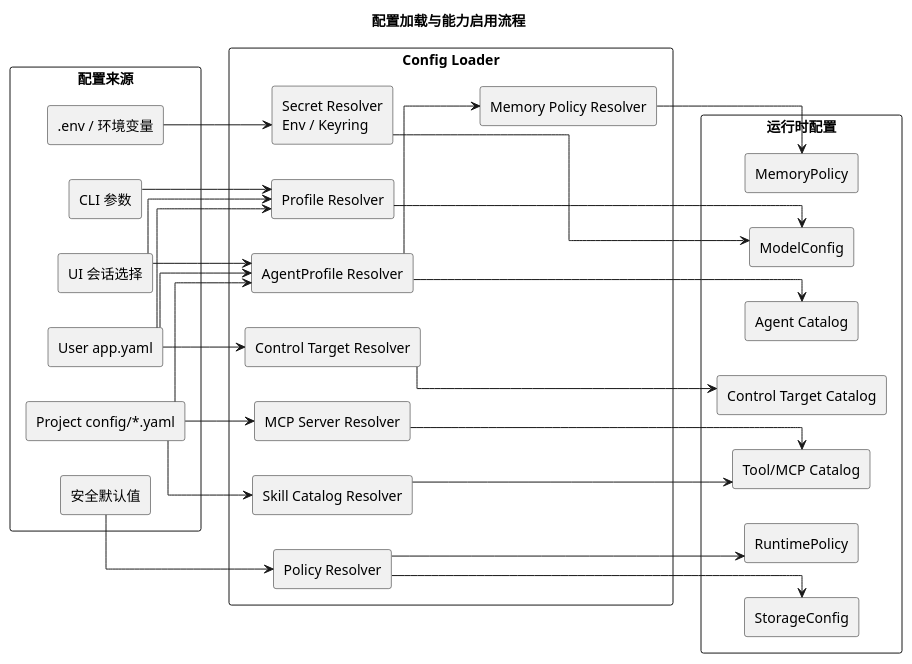
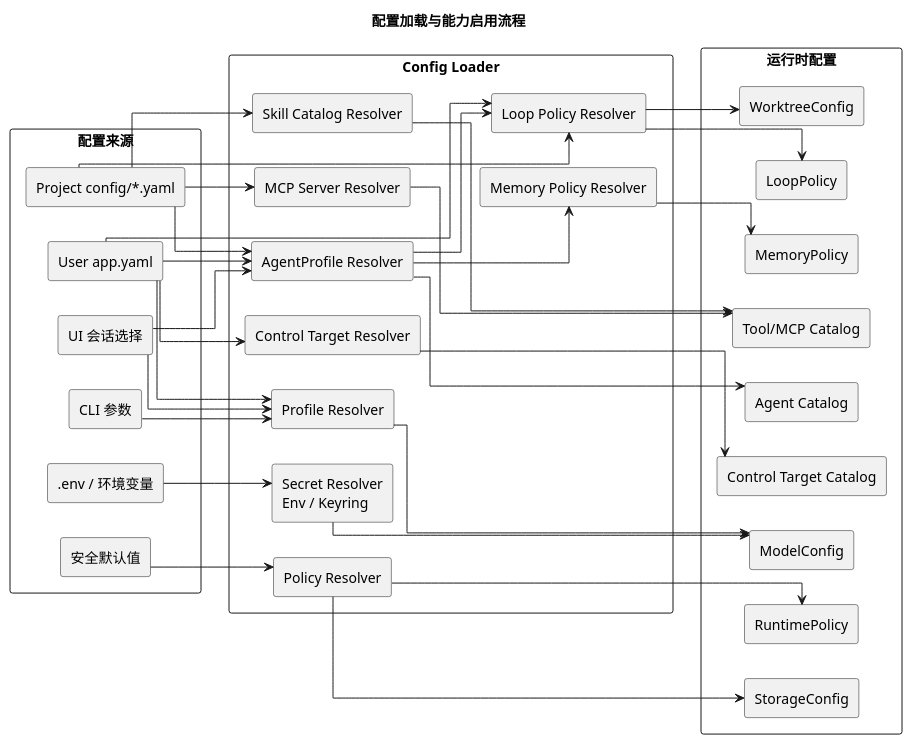
One commit to Amaz1ngJR/AgentLab changed diagram 17 of 19 in docs/technical_architecture.md. Above: the diagram before and after it, drawn with PlantUML. The commit also changed other lines of this file and 14 other files, not shown here.

````diff
--- a/docs/technical_architecture.md
+++ b/docs/technical_architecture.md
@@ -1671,61 +2041,69 @@
 ```plantuml
 @startuml
 title 配置加载与能力启用流程
 skinparam componentStyle rectangle
 skinparam linetype ortho
 skinparam shadowing false
 left to right direction
 
 rectangle "配置来源" as Sources {
   [CLI 参数] as CliArgs
   [UI 会话选择] as UiChoice
   [.env / 环境变量] as Env
   [User app.yaml] as UserYaml
   [Project config/*.yaml] as ProjectYaml
   [安全默认值] as Defaults
 }
 
 rectangle "Config Loader" as Loader {
   [AgentProfile Resolver] as AgentResolver
   [Profile Resolver] as Profile
   [Secret Resolver\nEnv / Keyring] as Secrets
   [Control Target Resolver] as ControlTargets
   [MCP Server Resolver] as McpResolver
   [Skill Catalog Resolver] as SkillResolver
   [Memory Policy Resolver] as MemoryResolver
+  [Loop Policy Resolver] as LoopResolver
   [Policy Resolver] as PolicyResolver
 }
 
 rectangle "运行时配置" as RuntimeConfig {
   [Agent Catalog] as AgentCfg
   [ModelConfig] as ModelCfg
   [MemoryPolicy] as MemoryCfg
+  [LoopPolicy] as LoopCfg
   [RuntimePolicy] as PolicyCfg
   [Tool/MCP Catalog] as ToolCfg
   [Control Target Catalog] as ControlCfg
   [StorageConfig] as StorageCfg
+  [WorktreeConfig] as WorktreeCfg
 }
 
 CliArgs --> Profile
 UiChoice --> Profile
 UiChoice --> AgentResolver
 Env --> Secrets
 UserYaml --> AgentResolver
 UserYaml --> Profile
 UserYaml --> ControlTargets
+UserYaml --> LoopResolver
 ProjectYaml --> McpResolver
 ProjectYaml --> SkillResolver
 ProjectYaml --> AgentResolver
+ProjectYaml --> LoopResolver
 Defaults --> PolicyResolver
 AgentResolver --> AgentCfg
 AgentResolver --> MemoryResolver
+AgentResolver --> LoopResolver
 Profile --> ModelCfg
 Secrets --> ModelCfg
 ControlTargets --> ControlCfg
 McpResolver --> ToolCfg
 SkillResolver --> ToolCfg
 MemoryResolver --> MemoryCfg
+LoopResolver --> LoopCfg
+LoopResolver --> WorktreeCfg
 PolicyResolver --> PolicyCfg
 PolicyResolver --> StorageCfg
 @enduml
 ```
````
